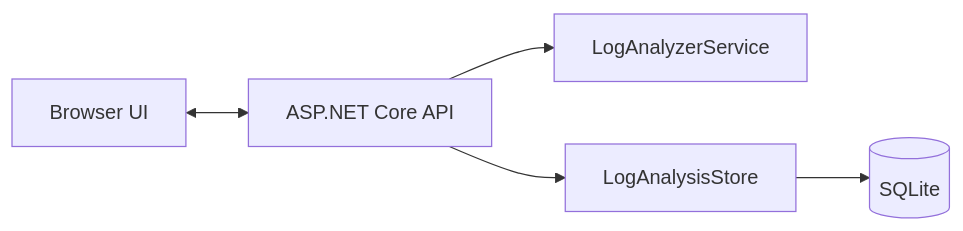
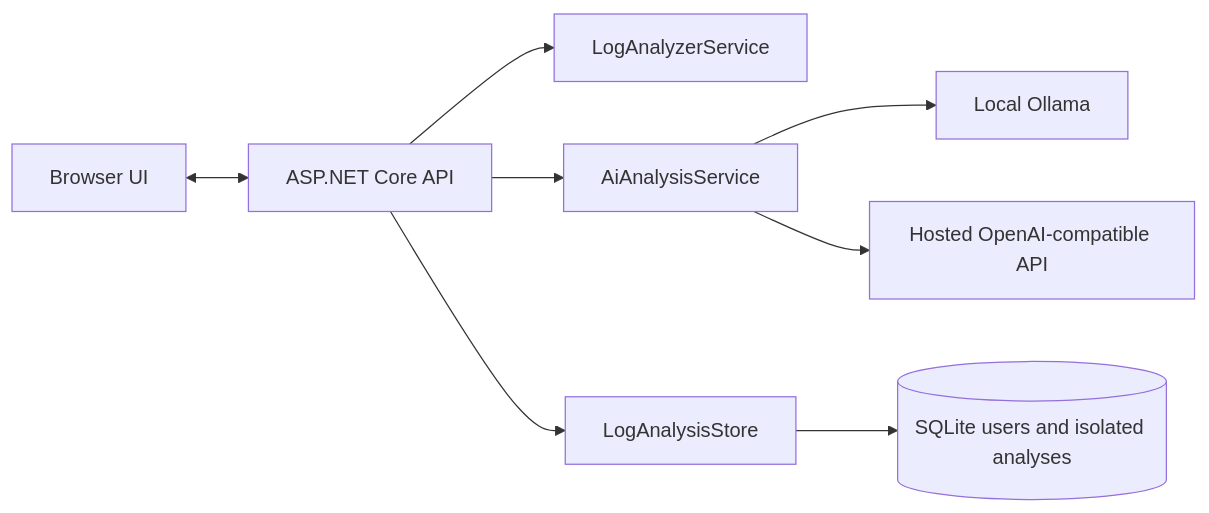
The diagram in README.md (dipuks/LogTriageAssistant), drawn with Mermaid before and after one commit. The commit also changed other lines of this file and 29 other files, not shown here.

````diff
--- a/README.md
+++ b/README.md
@@ -39,7 +43,10 @@
 ```mermaid
 flowchart LR
     Browser[Browser UI] <--> API[ASP.NET Core API]
     API --> Analyzer[LogAnalyzerService]
+    API --> AI[AiAnalysisService]
+    AI --> Ollama[Local Ollama]
+    AI --> Hosted[Hosted OpenAI-compatible API]
     API --> Store[LogAnalysisStore]
-    Store --> DB[(SQLite)]
+    Store --> DB[(SQLite users and isolated analyses)]
 ```
````
